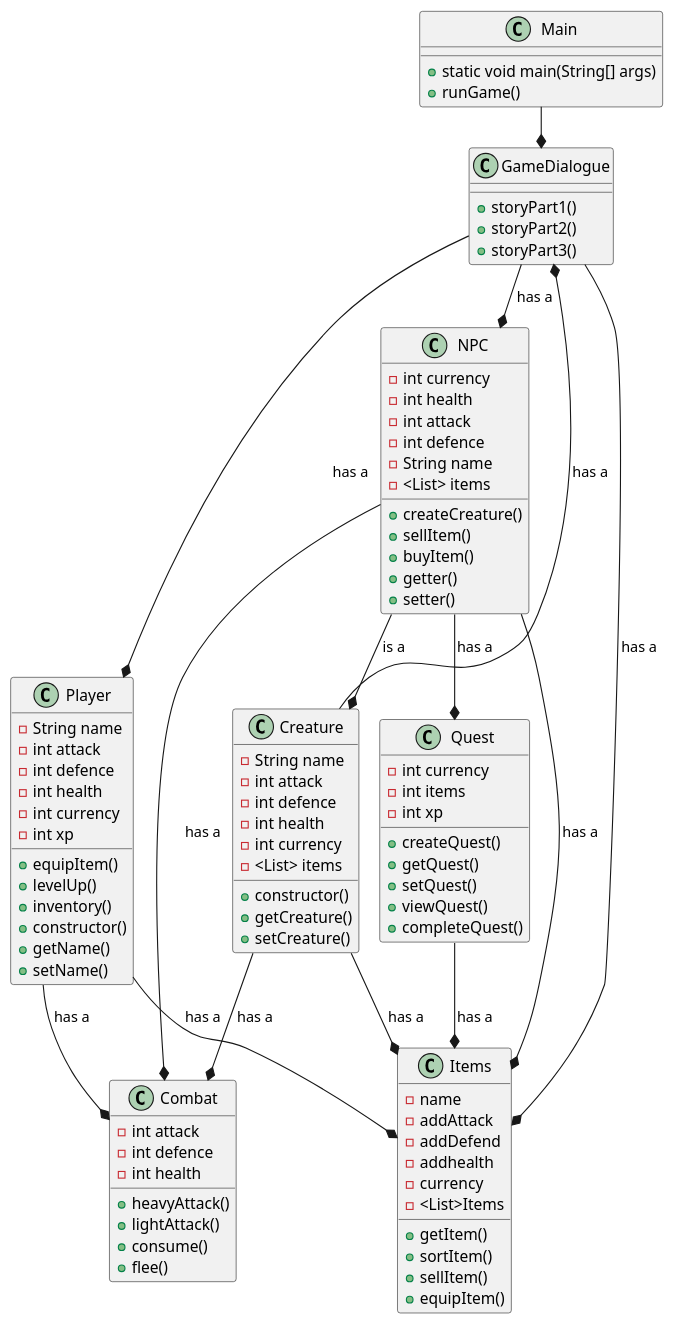
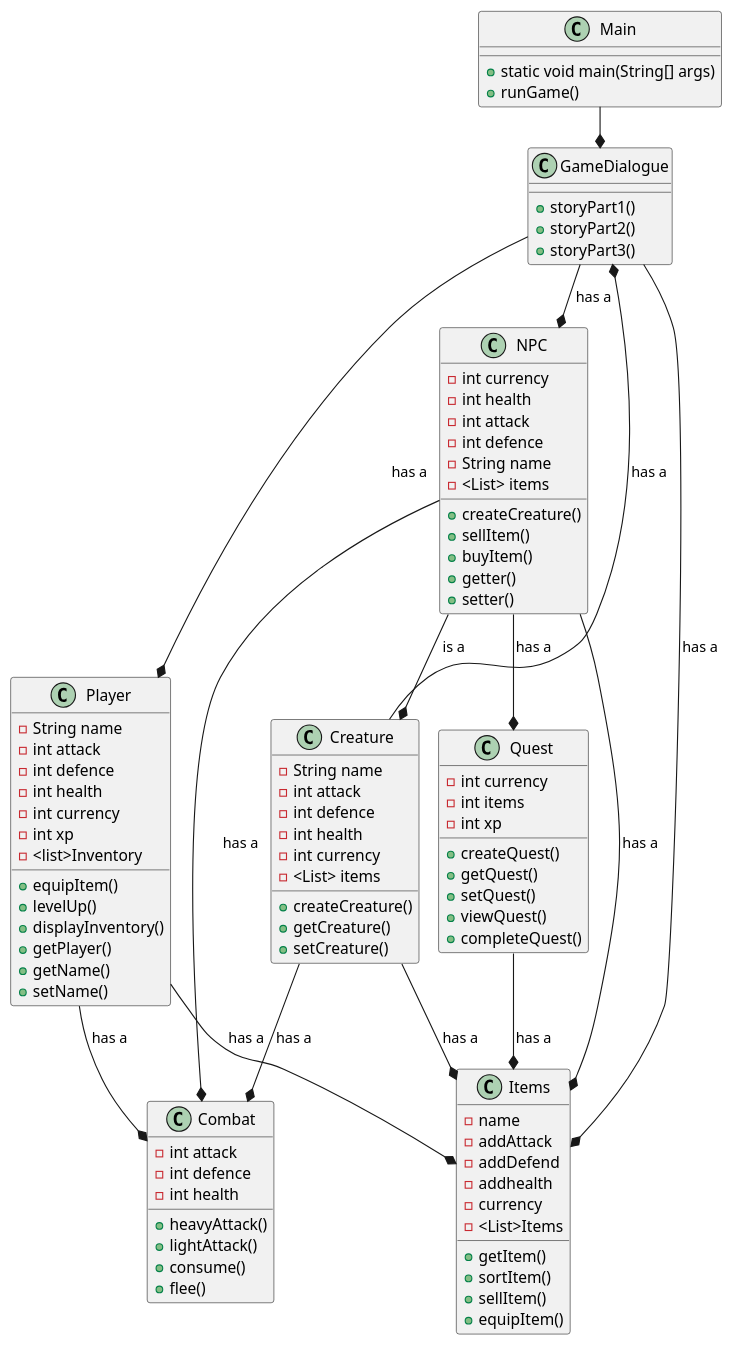
The diagram in doc/Class Diagram.puml (KhuongNDang/Project_ICE), drawn with PlantUML before and after one commit. The commit also changed 4 other files, not shown here.

```diff
--- a/doc/Class Diagram.puml
+++ b/doc/Class Diagram.puml
@@ -1,116 +1,117 @@
 @startuml
 
 !pragma layout smetana
 
 
 class Main{
 + static void main(String[] args)
 + runGame()
 
 }
 
 
 class GameDialogue{
 + storyPart1()
 + storyPart2()
 + storyPart3()
 }
 
 class Player{
 - String name
 - int attack
 - int defence
 - int health
 - int currency
 - int xp
+- <list>Inventory
 +equipItem()
 +levelUp()
-+inventory()
-+constructor()
++displayInventory()
++getPlayer()
 +getName()
 +setName()
 }
 
 
 class Creature{
 - String name
 - int attack
 - int defence
 - int health
 - int currency
 - <List> items
-+ constructor()
++ createCreature()
 + getCreature()
 + setCreature()
 }
 
 
 class  NPC{
 - int currency
 - int health
 - int attack
 - int defence
 - String name
 - <List> items
 + createCreature()
 + sellItem()
 + buyItem()
 + getter()
 + setter()
 }
 
 
 class  Combat{
 - int attack
 - int defence
 - int health
 + heavyAttack()
 + lightAttack()
 + consume()
 + flee()
 }
 
 
 class  Quest{
 - int currency
 - int items
 - int xp
 + createQuest()
 + getQuest()
 + setQuest()
 + viewQuest()
 + completeQuest()
 }
 
 
 class  Items{
 - name
 - addAttack
 - addDefend
 - addhealth
 - currency
 - <List>Items
 + getItem()
 + sortItem()
 + sellItem()
 + equipItem()
 
 }
 
 
 Main --* GameDialogue
 Player --* Items: has a
 Creature --* Items: has a
 GameDialogue --* Items: has a
 Quest --* Items: has a
 GameDialogue --* NPC: has a
 NPC --* Quest: has a
 Player --* Combat: has a
 Creature --* Combat: has a
 NPC --* Combat: has a
 Creature --* GameDialogue: has a
 NPC --* Creature: is a
 GameDialogue --* Player: has a
 NPC --* Items: has a
 
 @enduml
```
